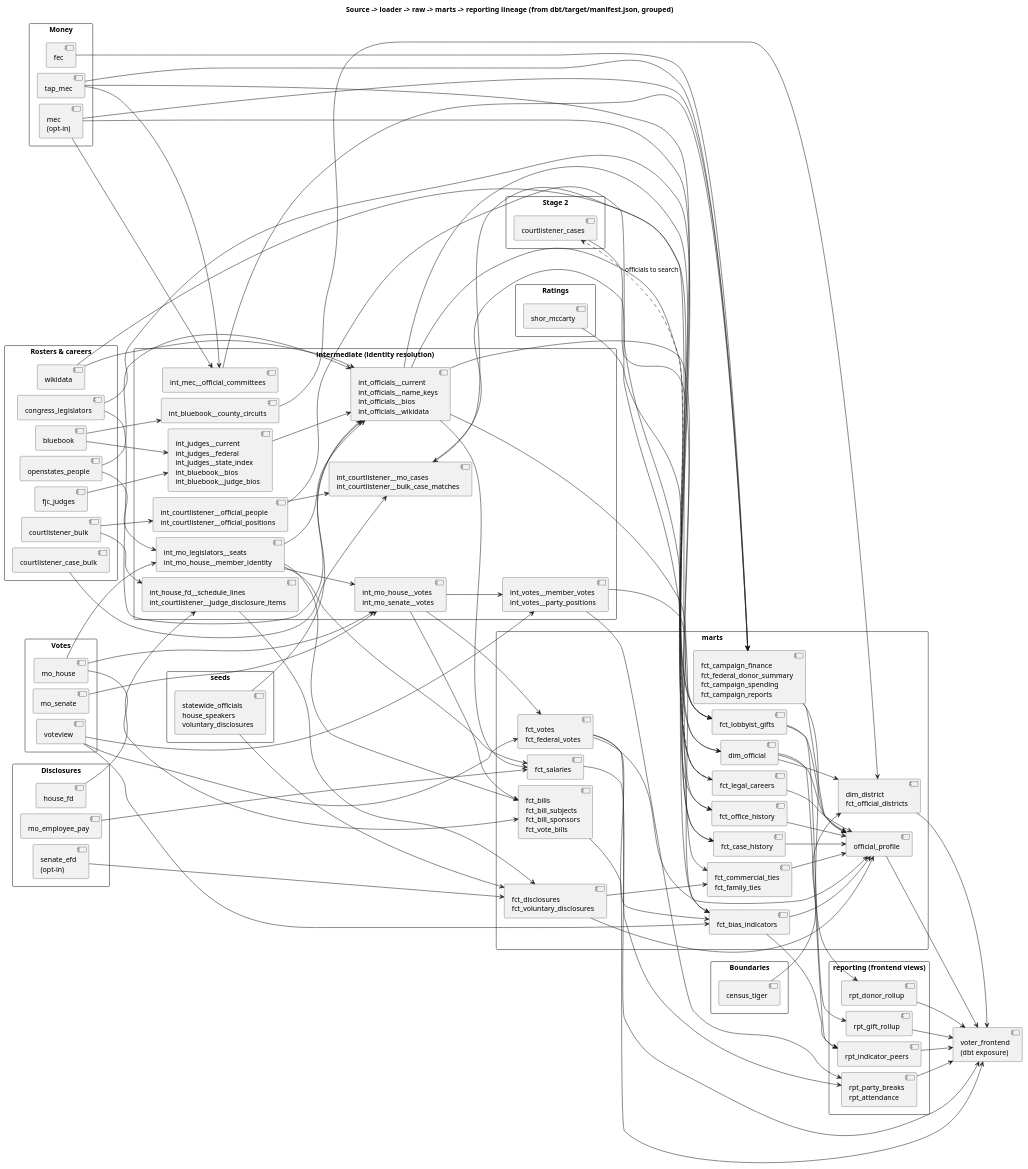
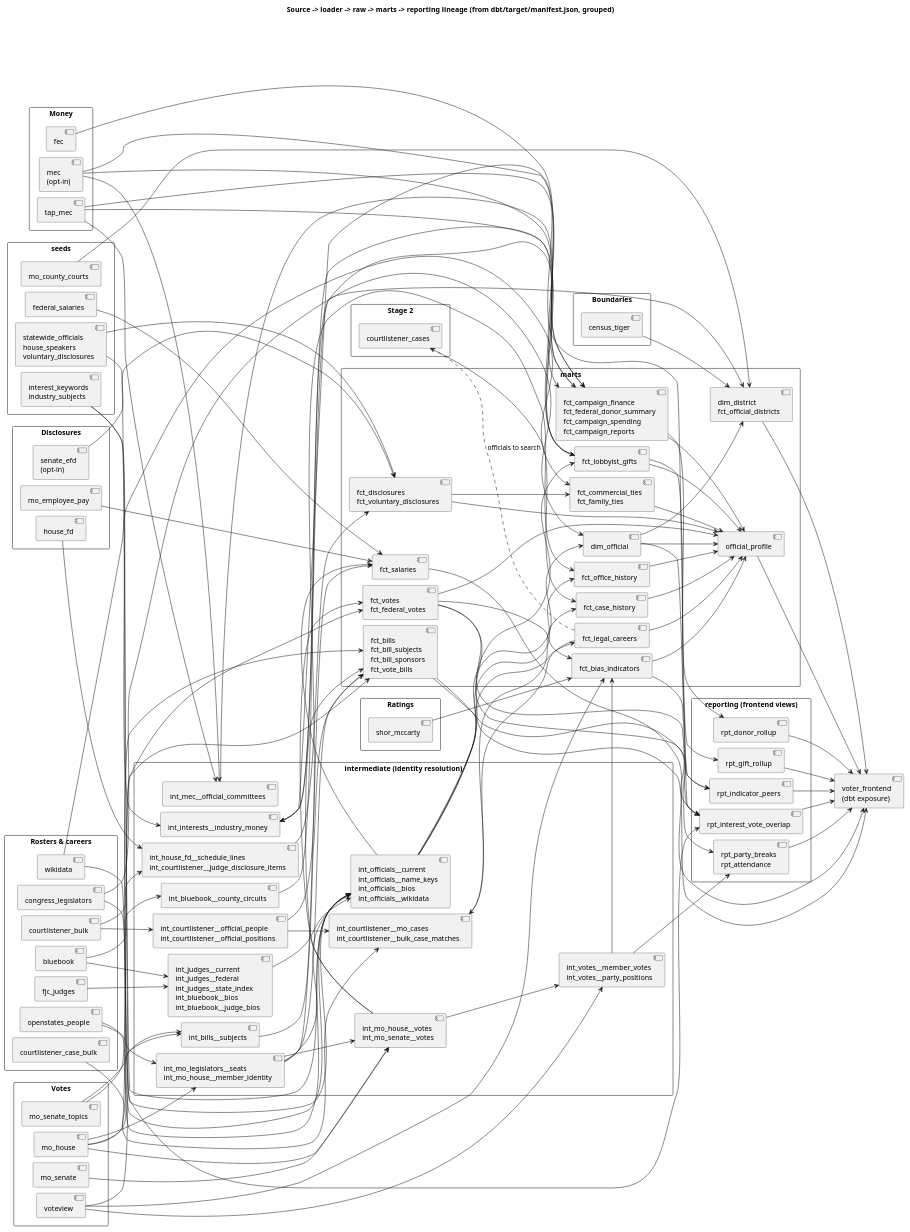
The diagram in docs/diagrams/lineage.puml (akettmann/missouri_gov_feed), drawn with PlantUML before and after one commit. The commit also changed 25 other files, not shown here.

First line of the commit message:
Add mo_senate_topics loader: subjects before 2024 and Senate bills

```diff
--- a/docs/diagrams/lineage.puml
+++ b/docs/diagrams/lineage.puml
@@ -1,175 +1,196 @@
 @startuml lineage
 title Source -> loader -> raw -> marts -> reporting lineage (from dbt/target/manifest.json, grouped)
 left to right direction
 skinparam packageStyle rectangle
 skinparam nodesep 12
 skinparam ranksep 60
 
 package "Rosters & careers" {
   [openstates_people] as L_os
   [congress_legislators] as L_cl
   [bluebook] as L_bb
   [fjc_judges] as L_fjc
   [courtlistener_bulk] as L_clb
   [courtlistener_case_bulk] as L_ccb
   [wikidata] as L_wd
 }
 package "Votes" {
   [mo_house] as L_moh
   [mo_senate] as L_mos
+  [mo_senate_topics] as L_most
   [voteview] as L_vv
 }
 package "Money" {
   [fec] as L_fec
   [tap_mec] as L_tap
   [mec\n(opt-in)] as L_mec
 }
 package "Disclosures" {
   [house_fd] as L_hfd
   [senate_efd\n(opt-in)] as L_efd
   [mo_employee_pay] as L_pay
 }
 package "Boundaries" {
   [census_tiger] as L_tiger
 }
 package "Ratings" {
   [shor_mccarty] as L_sm
 }
 package "Stage 2" {
   [courtlistener_cases] as L_cc
 }
 package "seeds" {
   [statewide_officials\nhouse_speakers\nvoluntary_disclosures] as SEEDS
+  [mo_county_courts] as S_courts
+  [federal_salaries] as S_fedpay
+  [interest_keywords\nindustry_subjects] as S_interest
 }
 
 package "intermediate (identity resolution)" {
   [int_officials__current\nint_officials__name_keys\nint_officials__bios\nint_officials__wikidata] as I_off
   [int_mo_legislators__seats\nint_mo_house__member_identity] as I_seats
   [int_bluebook__county_circuits] as I_circ
   [int_mo_house__votes\nint_mo_senate__votes] as I_votes
   [int_votes__member_votes\nint_votes__party_positions] as I_party
   [int_judges__current\nint_judges__federal\nint_judges__state_index\nint_bluebook__bios\nint_bluebook__judge_bios] as I_judges
   [int_mec__official_committees] as I_mec
+  [int_bills__subjects] as I_subj
+  [int_interests__industry_money] as I_interest
   [int_house_fd__schedule_lines\nint_courtlistener__judge_disclosure_items] as I_fd
   [int_courtlistener__official_people\nint_courtlistener__official_positions] as I_clpos
   [int_courtlistener__mo_cases\nint_courtlistener__bulk_case_matches] as I_cases
 }
 
 package "marts" {
   [dim_official] as dim
   [fct_salaries] as F_sal
   [fct_bills\nfct_bill_subjects\nfct_bill_sponsors\nfct_vote_bills] as F_bills
   [dim_district\nfct_official_districts] as D_dist
   [fct_votes\nfct_federal_votes] as F_votes
   [fct_campaign_finance\nfct_federal_donor_summary\nfct_campaign_spending\nfct_campaign_reports] as F_money
   [fct_lobbyist_gifts] as F_gifts
   [fct_disclosures\nfct_voluntary_disclosures] as F_disc
   [fct_bias_indicators] as F_bias
   [fct_office_history] as F_office
   [fct_commercial_ties\nfct_family_ties] as F_ties
   [fct_legal_careers] as F_legal
   [fct_case_history] as F_cases
   [official_profile] as profile
 }
 
 package "reporting (frontend views)" {
   [rpt_indicator_peers] as R_peers
   [rpt_party_breaks\nrpt_attendance] as R_votes
   [rpt_donor_rollup] as R_money
   [rpt_gift_rollup] as R_gifts
+  [rpt_interest_vote_overlap] as R_overlap
 }
 [voter_frontend\n(dbt exposure)] as EXP
 
 L_os --> I_seats
 L_os --> I_off
 L_cl --> I_off
 L_cl --> dim
 L_bb --> I_judges
 L_fjc --> I_judges
 L_clb --> I_fd
 L_clb --> I_clpos
 L_wd --> I_off
 SEEDS --> I_off
 I_judges --> I_off
 I_seats --> I_off
 I_off --> dim
 
 L_moh --> I_seats
 L_moh --> I_votes
 L_mos --> I_votes
 I_seats --> I_votes
 I_votes --> F_votes
 L_vv --> F_votes
 L_vv --> F_bias
 I_votes --> I_party
 L_vv --> I_party
 I_party --> F_bias
 
 L_fec --> F_money
 L_tap --> I_mec
 L_tap --> F_money
 L_tap --> F_gifts
 L_mec --> I_mec
 L_mec --> F_money
 L_mec --> F_gifts
 I_mec --> F_money
 I_off --> F_gifts
 
 L_hfd --> I_fd
 L_efd --> F_disc
 I_fd --> F_disc
 SEEDS --> F_disc
 
 L_sm --> F_bias
 F_votes --> F_bias
 
 I_off --> F_office
 I_clpos --> F_office
 L_wd --> F_ties
 F_disc --> F_ties
 I_off --> F_legal
 
 F_legal ..> L_cc : officials to search
 F_legal --> I_cases
 I_clpos --> I_cases
 L_ccb --> I_cases
 I_cases --> F_cases
 L_cc --> F_cases
 
 dim --> profile
 F_votes --> profile
 F_money --> profile
 F_gifts --> profile
 F_disc --> profile
 F_bias --> profile
 F_office --> profile
 F_ties --> profile
 F_legal --> profile
 F_cases --> profile
 
 L_tiger --> D_dist
 L_pay --> F_sal
 I_seats --> F_sal
 I_off --> F_sal
 F_sal --> EXP
+L_moh --> I_subj
+L_most --> I_subj
+I_subj --> F_bills
+L_most --> F_bills
 L_moh --> F_bills
 I_votes --> F_bills
 I_seats --> F_bills
 F_bills --> EXP
 L_bb --> I_circ
 I_circ --> D_dist
+S_courts --> D_dist
+S_fedpay --> F_sal
 dim --> D_dist
 D_dist --> EXP
 
 F_bias --> R_peers
 dim --> R_peers
 F_votes --> R_votes
 I_party --> R_votes
 F_money --> R_money
 F_gifts --> R_gifts
 R_peers --> EXP
 R_votes --> EXP
 R_money --> EXP
 R_gifts --> EXP
+F_money --> I_interest
+F_gifts --> I_interest
+S_interest --> I_interest
+I_interest --> R_overlap
+F_bills --> R_overlap
+F_votes --> R_overlap
+S_interest --> R_overlap
+R_overlap --> EXP
 profile --> EXP
 @enduml
```
